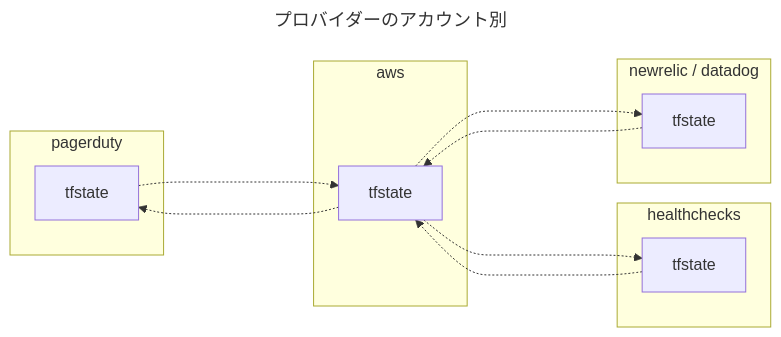
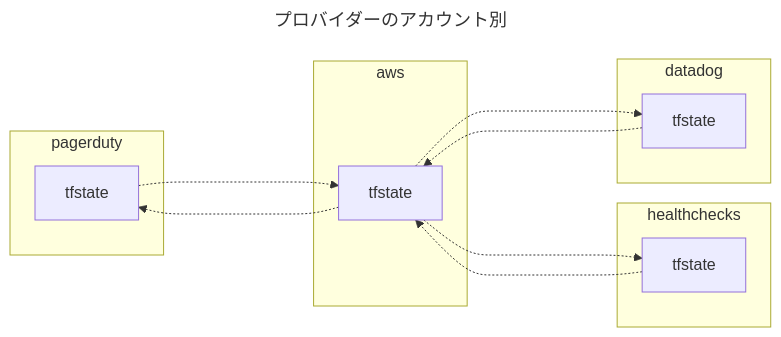
Before and after one commit to hiroki-it/hatenablog: the fifth of 12 diagrams in dist/entry/2023/07/01/180257.md, drawn with Mermaid. The commit also changed other lines of this file, not shown here.

````diff
--- a/dist/entry/2023/07/01/180257.md
+++ b/dist/entry/2023/07/01/180257.md
@@ -553,25 +553,25 @@
 ```mermaid
 ---
 title: プロバイダーのアカウント別
 ---
 %%{init:{'theme':'natural'}}%%
 flowchart LR
     subgraph pagerduty
         PagerDuty["tfstate"]
     end
     subgraph healthchecks
         Healthchecks[tfstate]
     end
-    subgraph newrelic / datadog
-        Newrelic_Datadog[tfstate]
+    subgraph datadog
+        Datadog[tfstate]
     end
     subgraph aws
         Aws[tfstate]
     end
-    Aws -...-> Newrelic_Datadog
+    Aws -...-> Datadog
     Aws -...-> Healthchecks
     Aws -...-> PagerDuty
-    Newrelic_Datadog -...-> Aws
+    Datadog -...-> Aws
     Healthchecks -...-> Aws
     PagerDuty -...-> Aws
 ```
````
